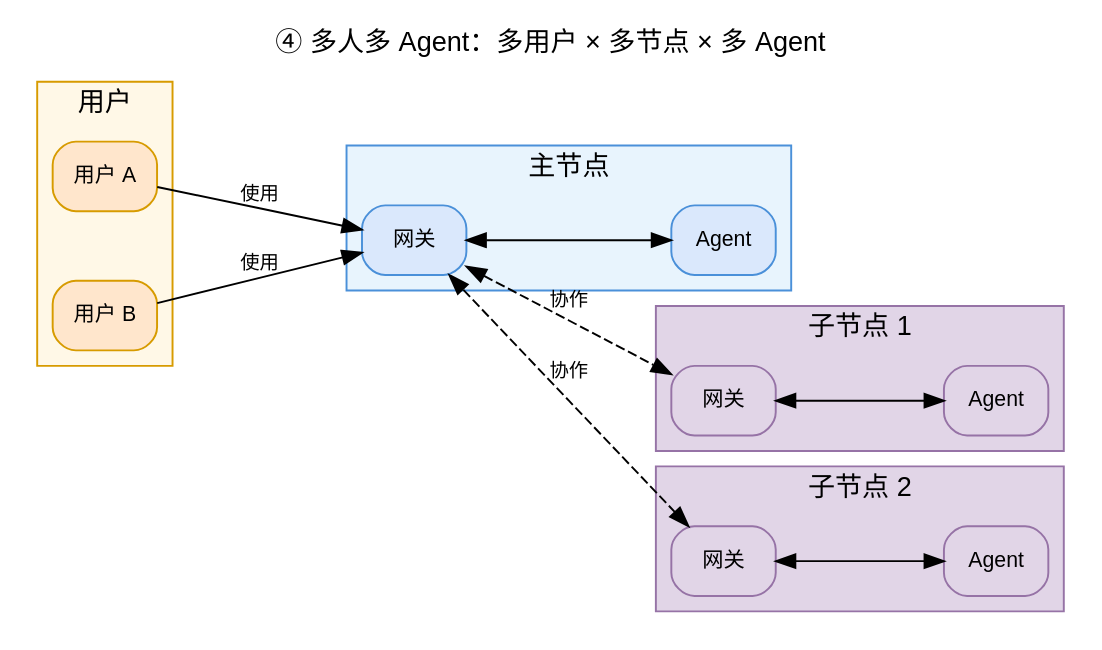
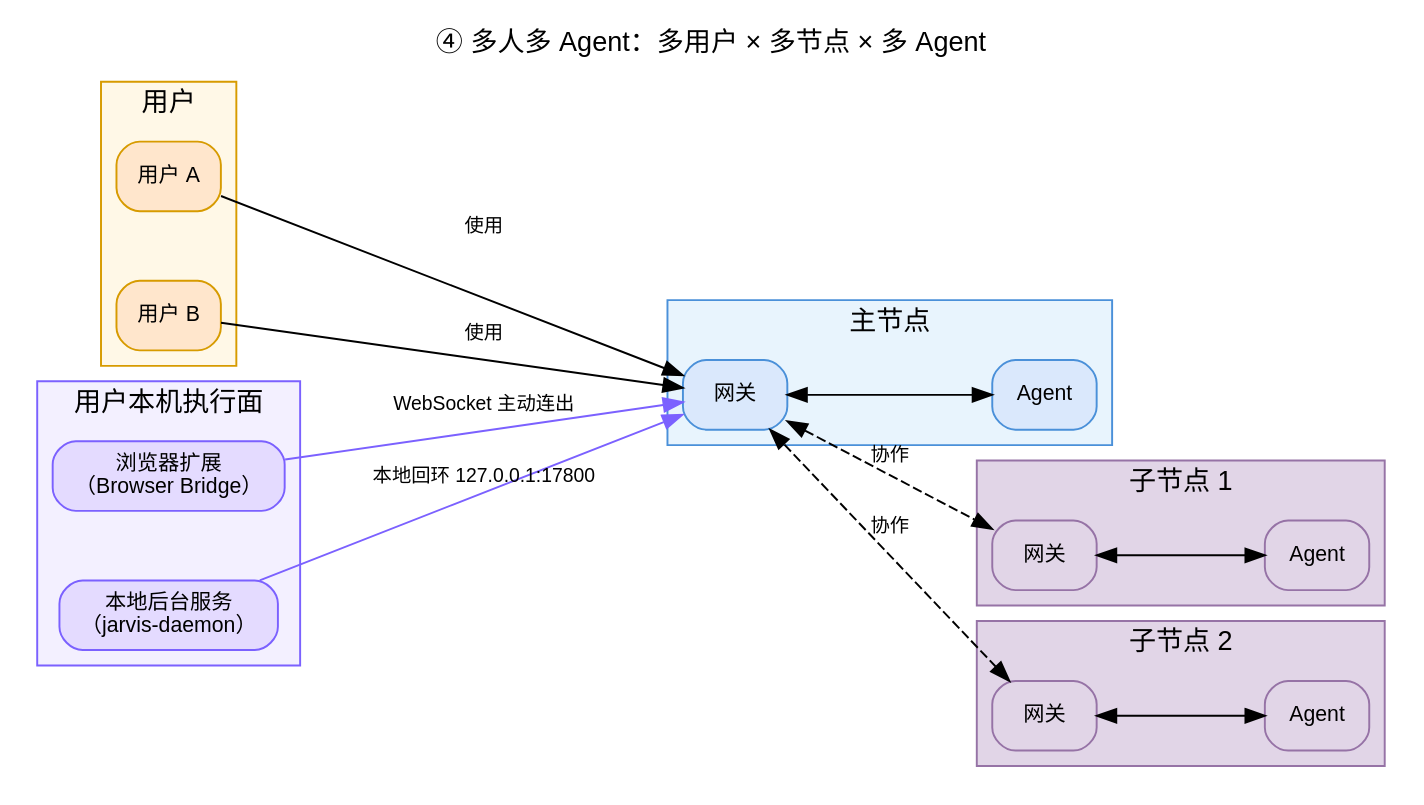
One commit to skyfireitdiy/Jarvis changed diagram 18 of 29 in docs/competition/collaboration_modes.md. Above: the diagram before and after it, drawn with Graphviz. The commit also changed other lines of this file and 5 other files, not shown here.

First line of the commit message:
[Jarvis Code Agent提交] feat(topology): 拓扑图展示浏览器扩展与后台服务接入端节点

````diff
--- a/docs/competition/collaboration_modes.md
+++ b/docs/competition/collaboration_modes.md
@@ -1375,50 +1375,61 @@
 ```dot
 digraph G4 {
   graph [rankdir="LR", splines=line, fontname="Sans-serif", label="④ 多人多 Agent：多用户 × 多节点 × 多 Agent", labelloc="t", nodesep=0.5, ranksep=1.2];
   node [shape=box, style="rounded,filled", fontname="Sans-serif", fontsize=11];
   edge [fontname="Sans-serif", fontsize=10];
   subgraph cluster_users {
     label = "用户";
     style = "filled";
     color = "#D79B00";
     fillcolor = "#FFF8E7";
     node [fillcolor="#FFE6CC", color="#D79B00"];
     u1 [label="用户 A"];
     u2 [label="用户 B"];
+  }
+  subgraph cluster_local {
+    label = "用户本机执行面";
+    style = "filled";
+    color = "#7B61FF";
+    fillcolor = "#F3F0FF";
+    node [fillcolor="#E4DBFF", color="#7B61FF"];
+    ext [label="浏览器扩展\n（Browser Bridge）"];
+    daemon [label="本地后台服务\n（jarvis-daemon）"];
   }
   subgraph cluster_master {
     label = "主节点";
     style = "filled";
     color = "#4A90D9";
     fillcolor = "#E8F4FD";
     node [fillcolor="#DAE8FC", color="#4A90D9"];
     gw_m [label="网关"];
     ag_m [label="Agent"];
   }
   subgraph cluster_worker1 {
     label = "子节点 1";
     style = "filled";
     color = "#9673A6";
     fillcolor = "#E1D5E7";
     node [fillcolor="#E1D5E7", color="#9673A6"];
     gw_w1 [label="网关"];
     ag_w1 [label="Agent"];
   }
   subgraph cluster_worker2 {
     label = "子节点 2";
     style = "filled";
     color = "#9673A6";
     fillcolor = "#E1D5E7";
     node [fillcolor="#E1D5E7", color="#9673A6"];
     gw_w2 [label="网关"];
     ag_w2 [label="Agent"];
   }
   u1 -> gw_m [label="使用"];
   u2 -> gw_m [label="使用"];
+  ext -> gw_m [label="WebSocket 主动连出" color="#7B61FF"];
+  daemon -> gw_m [label="本地回环 127.0.0.1:17800" color="#7B61FF"];
   gw_m -> ag_m [dir=both];
   gw_w1 -> ag_w1 [dir=both];
   gw_w2 -> ag_w2 [dir=both];
   gw_m -> gw_w1 [label="协作", dir=both, style=dashed];
   gw_m -> gw_w2 [label="协作", dir=both, style=dashed];
 }
 ```
````
